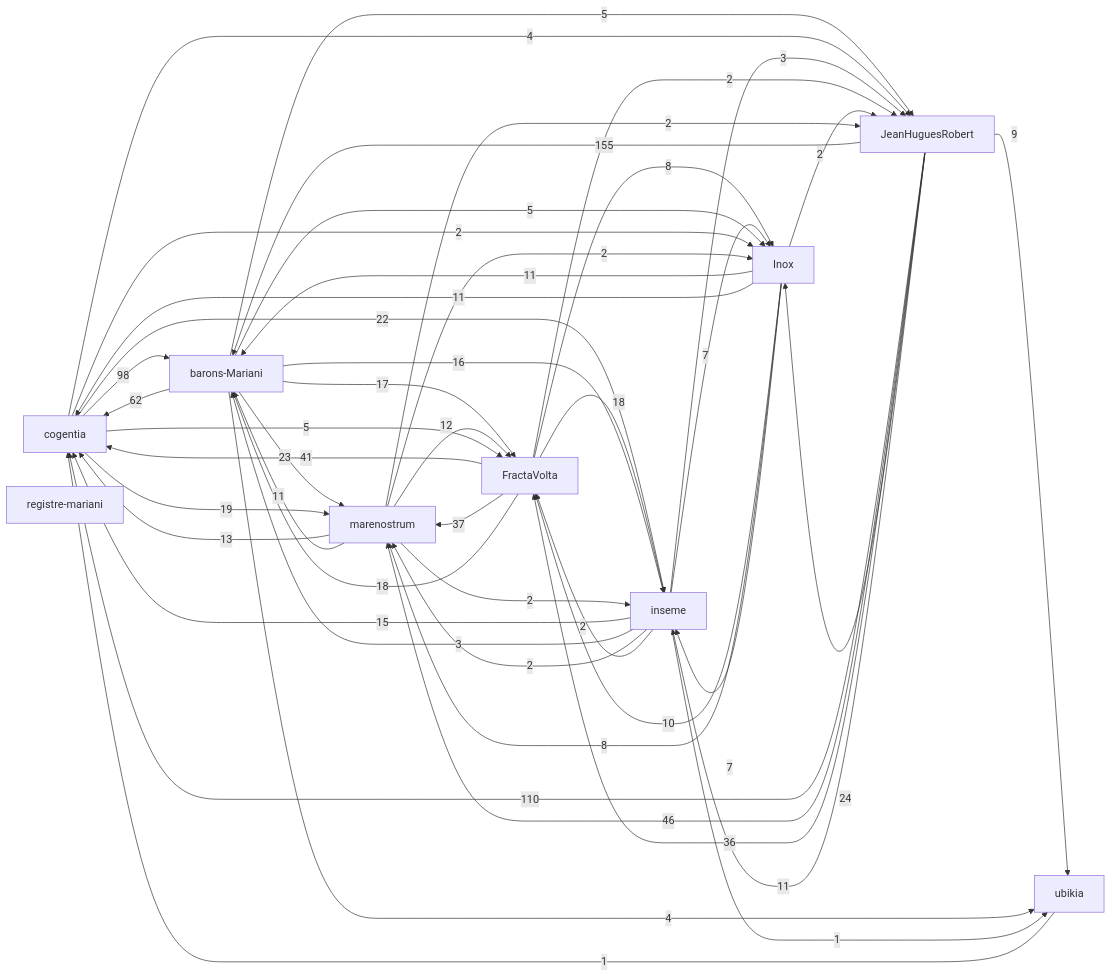
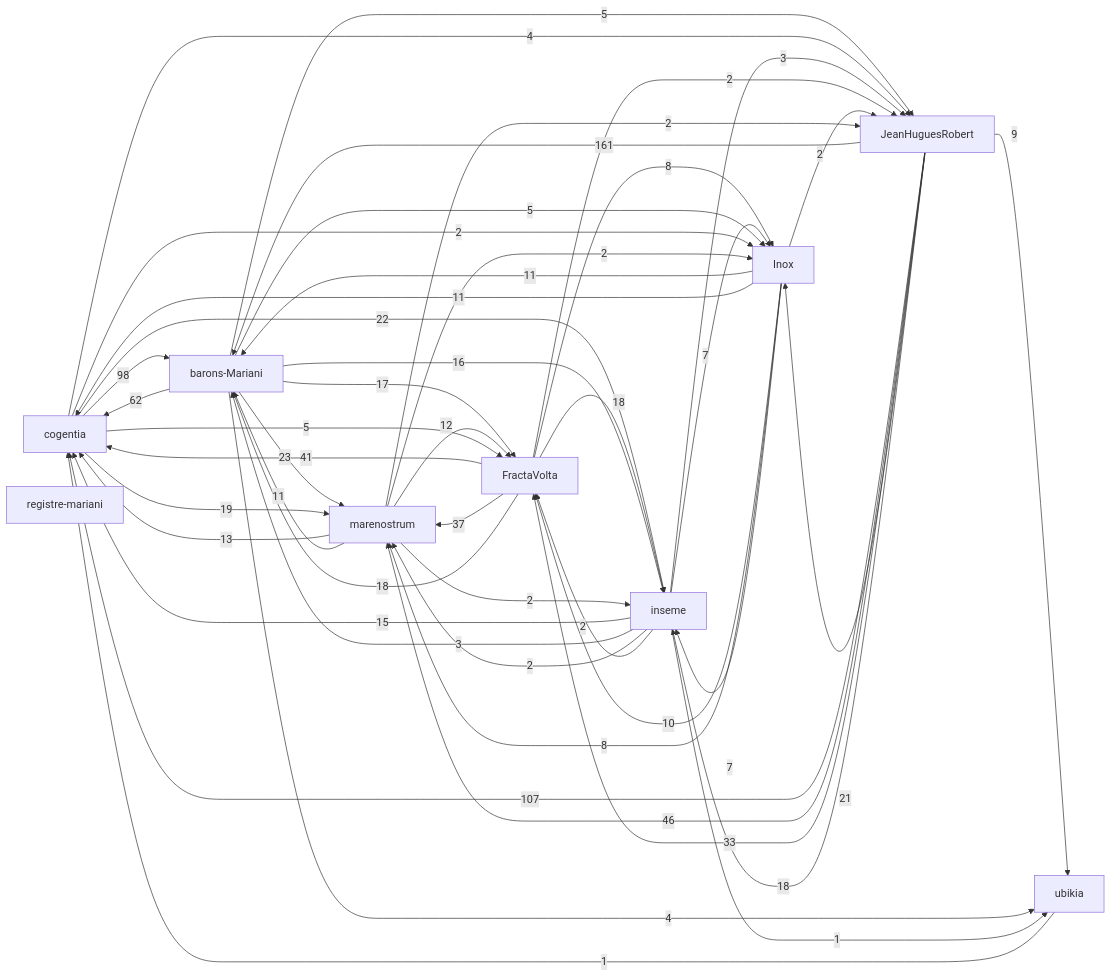
The first of 2 diagrams in research/corpus-status.md (JeanHuguesRobert/FractaVolta), drawn with Mermaid before and after one commit. The commit also changed other lines of this file, not shown here.

Commit message:
Refresh corpus status for Mariani school

````diff
--- a/research/corpus-status.md
+++ b/research/corpus-status.md
@@ -45,58 +45,58 @@
 ```mermaid
 graph LR
   r_cogentia["cogentia"]
   r_fractavolta["FractaVolta"]
   r_marenostrum["marenostrum"]
   r_barons_mariani["barons-Mariani"]
   r_inseme["inseme"]
   r_inox["Inox"]
   r_registre_mariani["registre-mariani"]
   r_ubikia["ubikia"]
   r_jeanhuguesrobert["JeanHuguesRobert"]
-  r_jeanhuguesrobert -->|155| r_barons_mariani
-  r_jeanhuguesrobert -->|110| r_cogentia
+  r_jeanhuguesrobert -->|161| r_barons_mariani
+  r_jeanhuguesrobert -->|107| r_cogentia
   r_cogentia -->|98| r_barons_mariani
   r_barons_mariani -->|62| r_cogentia
   r_jeanhuguesrobert -->|46| r_marenostrum
   r_fractavolta -->|41| r_cogentia
   r_fractavolta -->|37| r_marenostrum
-  r_jeanhuguesrobert -->|36| r_fractavolta
-  r_jeanhuguesrobert -->|24| r_inox
+  r_jeanhuguesrobert -->|33| r_fractavolta
   r_barons_mariani -->|23| r_marenostrum
   r_cogentia -->|22| r_inseme
+  r_jeanhuguesrobert -->|21| r_inox
   r_cogentia -->|19| r_marenostrum
   r_fractavolta -->|18| r_inseme
   r_fractavolta -->|18| r_barons_mariani
+  r_jeanhuguesrobert -->|18| r_inseme
   r_barons_mariani -->|17| r_fractavolta
   r_barons_mariani -->|16| r_inseme
   r_inseme -->|15| r_cogentia
   r_marenostrum -->|13| r_cogentia
   r_marenostrum -->|12| r_fractavolta
   r_inox -->|11| r_barons_mariani
   r_inox -->|11| r_cogentia
-  r_jeanhuguesrobert -->|11| r_inseme
   r_marenostrum -->|11| r_barons_mariani
   r_inox -->|10| r_fractavolta
   r_jeanhuguesrobert -->|9| r_ubikia
   r_fractavolta -->|8| r_inox
   r_inox -->|8| r_marenostrum
   r_inox -->|7| r_inseme
   r_inseme -->|7| r_inox
   r_barons_mariani -->|5| r_inox
   r_barons_mariani -->|5| r_jeanhuguesrobert
   r_cogentia -->|5| r_fractavolta
   r_barons_mariani -->|4| r_ubikia
   r_cogentia -->|4| r_jeanhuguesrobert
   r_inseme -->|3| r_barons_mariani
   r_inseme -->|3| r_jeanhuguesrobert
   r_cogentia -->|2| r_inox
   r_fractavolta -->|2| r_jeanhuguesrobert
   r_inox -->|2| r_jeanhuguesrobert
   r_inseme -->|2| r_marenostrum
   r_inseme -->|2| r_fractavolta
   r_marenostrum -->|2| r_jeanhuguesrobert
   r_marenostrum -->|2| r_inseme
   r_marenostrum -->|2| r_inox
   r_inseme -->|1| r_ubikia
   r_ubikia -->|1| r_cogentia
 ```
````
